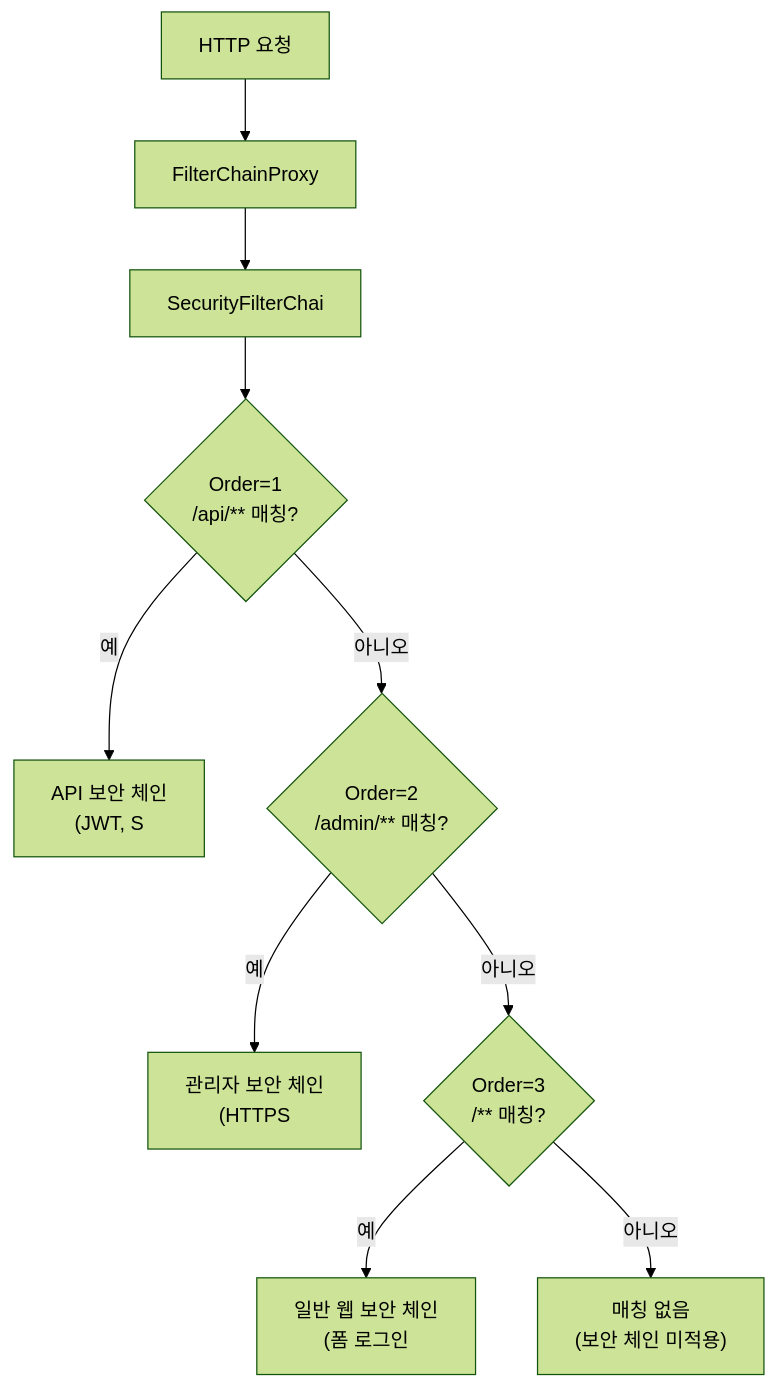
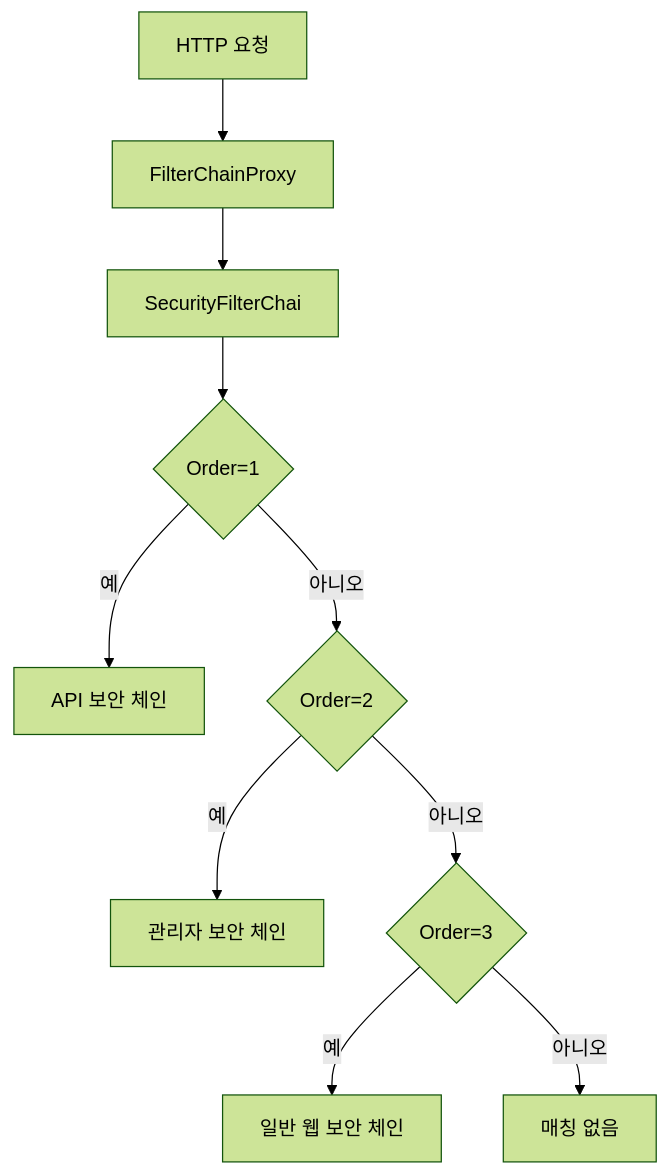
The first of 2 diagrams in _posts/security/2021-05-22-필터 초기화와 다중 보안 설정.md (yjkim2015/yjkim2015.github.io), drawn with Mermaid (forest theme) before and after one commit. The commit also changed other lines of this file and 217 other files, not shown here.

First line of the commit message:
Mermaid 크기 수정: useMaxWidth:true + SVG max-width:100% + 라벨 축소

````diff
--- a/_posts/security/2021-05-22-필터 초기화와 다중 보안 설정.md
+++ b/_posts/security/2021-05-22-필터 초기화와 다중 보안 설정.md
@@ -26,12 +26,12 @@
 ```mermaid
 flowchart TD
     A["HTTP 요청"] --> B["FilterChainProxy"]
     B --> C["SecurityFilterChai"]
-    C --> D{"Order=1\n/api/** 매칭?"}
-    D -- "예" --> E["API 보안 체인\n(JWT, S"]
-    D -- "아니오" --> F{"Order=2\n/admin/** 매칭?"}
-    F -- "예" --> G["관리자 보안 체인\n(HTTPS"]
-    F -- "아니오" --> H{"Order=3\n/** 매칭?"}
-    H -- "예" --> I["일반 웹 보안 체인\n(폼 로그인"]
-    H -- "아니오" --> J["매칭 없음\n(보안 체인 미적용)"]
+    C --> D{"Order=1"}
+    D -- "예" --> E["API 보안 체인"]
+    D -- "아니오" --> F{"Order=2"}
+    F -- "예" --> G["관리자 보안 체인"]
+    F -- "아니오" --> H{"Order=3"}
+    H -- "예" --> I["일반 웹 보안 체인"]
+    H -- "아니오" --> J["매칭 없음"]
 ```
````
